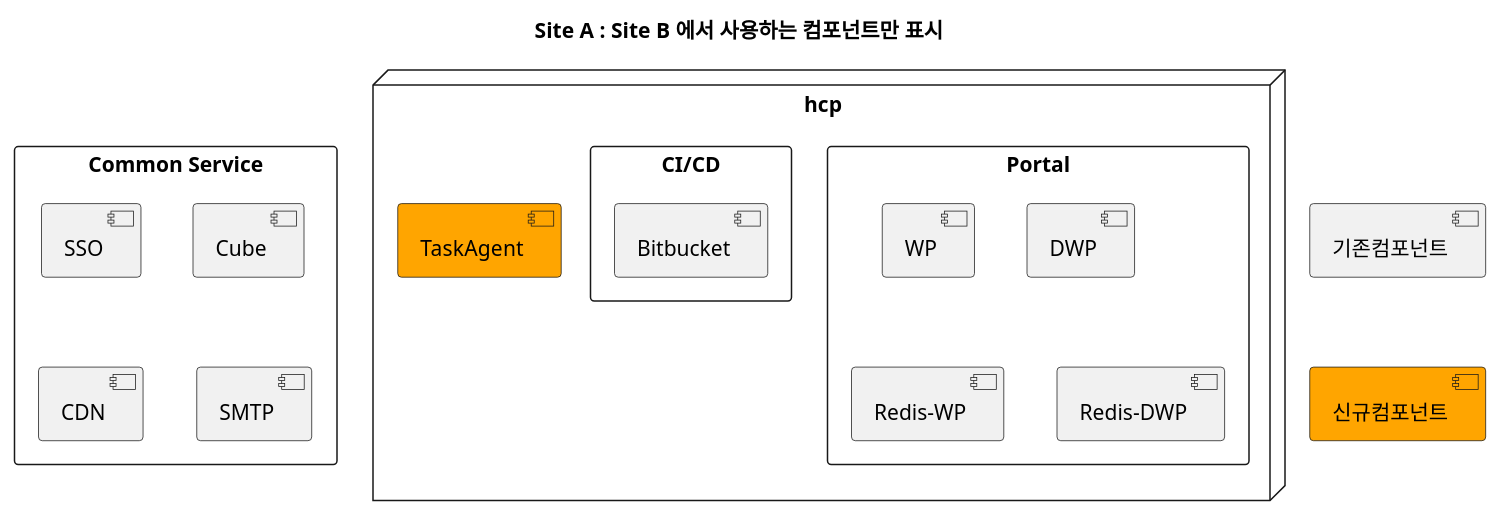
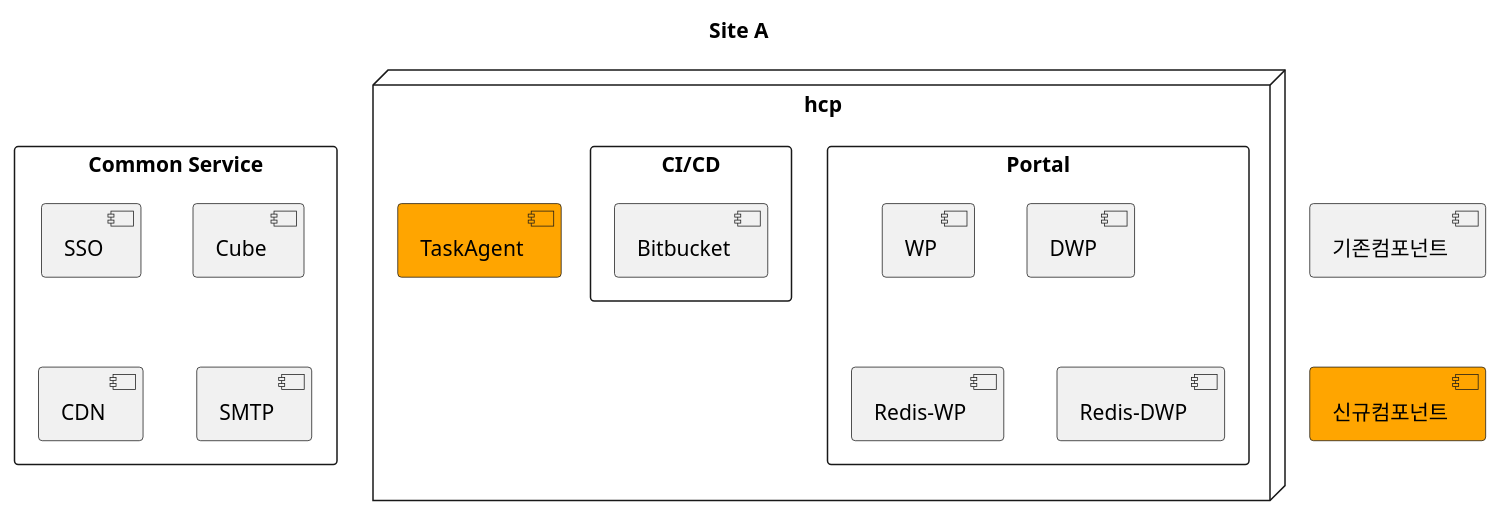
Before and after one commit to kloudbank/htdp1.github.io: the first of 7 diagrams in docs/src/multi-cloud/diagram.md, drawn with PlantUML. The commit also changed other lines of this file, not shown here.

```diff
--- a/docs/src/multi-cloud/diagram.md
+++ b/docs/src/multi-cloud/diagram.md
@@ -3,27 +5,27 @@
 @startuml
 
-title "Site A : Site B 에서 사용하는 컴포넌트만 표시"
+title "Site A"
 
 [기존컴포넌트] as old
 [신규컴포넌트] as new #orange
 old -[hidden]d-> new
 
 rectangle "Common Service" as a_comm {
     [SSO] as a_comm_sso
     [Cube] as a_comm_cube
     [CDN] as a_comm_cnd
     [SMTP] as a_comm_smtp
 }
 node "hcp" as hcp {
     rectangle "Portal" as a_portal {
         [WP] as hcp_portal_wp
         [DWP] as hcp_portal_dwp
         [Redis-WP] as hcp_portal_rediswp
         [Redis-DWP] as hcp_portal_redisdwp
     }
     rectangle "CI/CD" as hcp_cicd {
         [Bitbucket] as hcp_cicd_bitbucket
     }
     [TaskAgent] as hcp_agent #orange
 }
 @enduml
```
